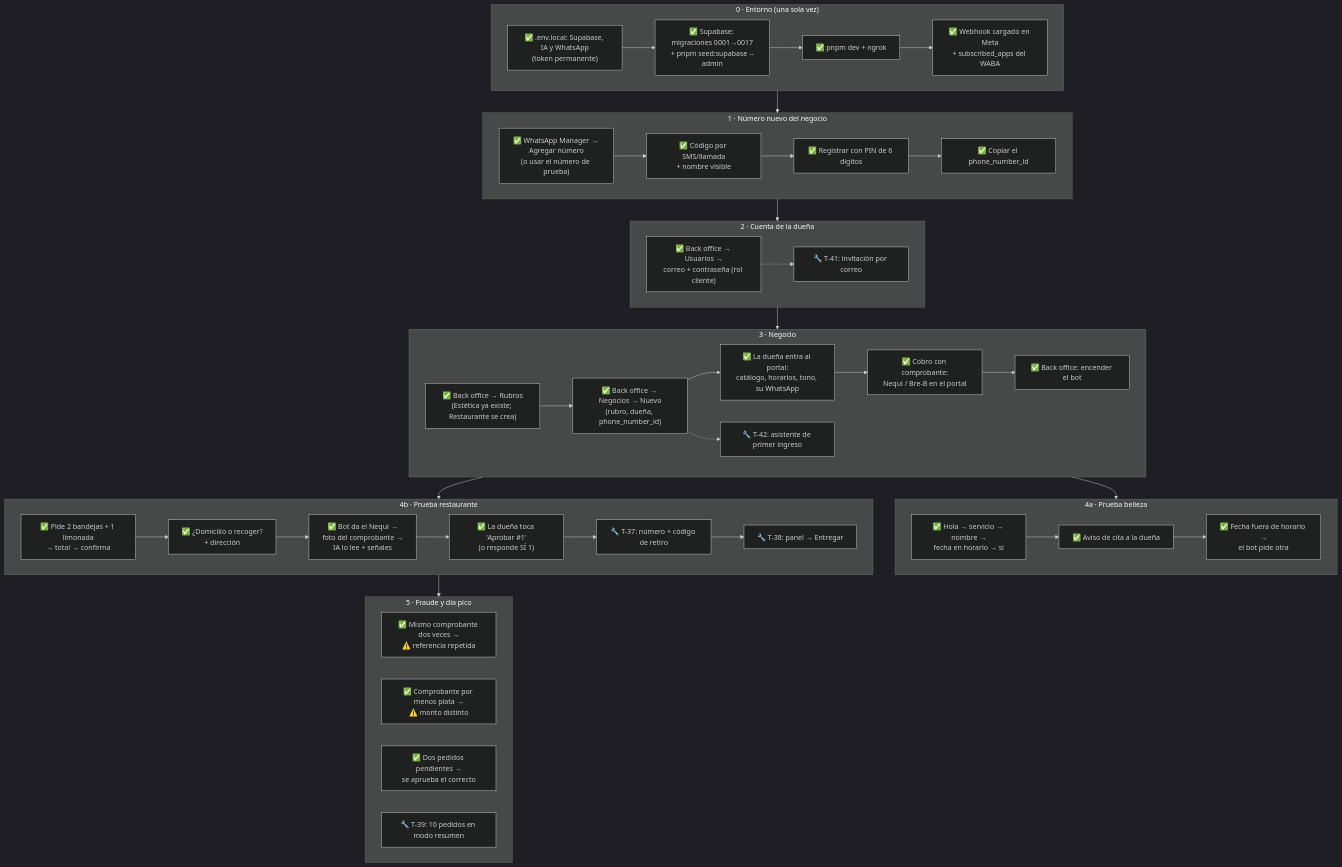
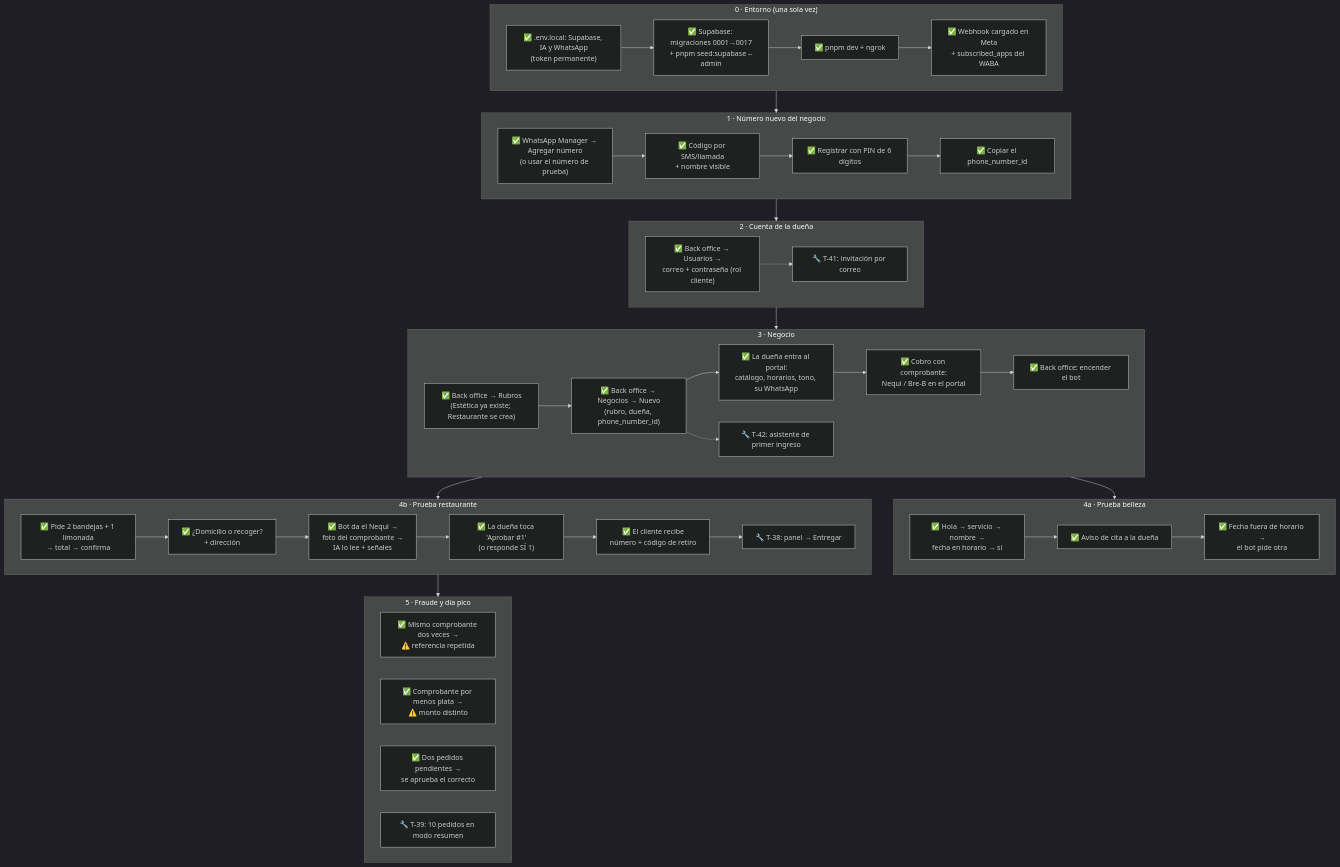
One commit to daniell41-dev/client-automation-bot changed the diagram in docs/17-prueba-local.md. Above: the diagram before and after it, drawn with Mermaid (dark theme). The commit also changed other lines of this file and 9 other files, not shown here.

First line of the commit message:
feat(T-37): código de retiro al aprobar el pedido

````diff
--- a/docs/17-prueba-local.md
+++ b/docs/17-prueba-local.md
@@ -18,54 +18,54 @@
 ```mermaid
 flowchart TD
   subgraph E["0 · Entorno (una sola vez)"]
     E1["✅ .env.local: Supabase, IA y WhatsApp<br/>(token permanente)"] --> E2["✅ Supabase: migraciones 0001→0017<br/>+ pnpm seed:supabase --admin"]
     E2 --> E3["✅ pnpm dev + ngrok"]
     E3 --> E4["✅ Webhook cargado en Meta<br/>+ subscribed_apps del WABA"]
   end
 
   subgraph T["1 · Número nuevo del negocio"]
     T1["✅ WhatsApp Manager → Agregar número<br/>(o usar el número de prueba)"] --> T2["✅ Código por SMS/llamada<br/>+ nombre visible"]
     T2 --> T3["✅ Registrar con PIN de 6 dígitos"]
     T3 --> T4["✅ Copiar el phone_number_id"]
   end
 
   subgraph U["2 · Cuenta de la dueña"]
     U1["✅ Back office → Usuarios →<br/>correo + contraseña (rol cliente)"]
     U2["🔧 T-41: invitación por correo"]
     U1 -.-> U2
   end
 
   subgraph N["3 · Negocio"]
     N0["✅ Back office → Rubros<br/>(Estética ya existe; Restaurante se crea)"] --> N1["✅ Back office → Negocios → Nuevo<br/>(rubro, dueña, phone_number_id)"]
     N1 --> N2["✅ La dueña entra al portal:<br/>catálogo, horarios, tono, su WhatsApp"]
     N2 --> N3["✅ Cobro con comprobante:<br/>Nequi / Bre-B en el portal"]
     N3 --> N5["✅ Back office: encender el bot"]
     N4["🔧 T-42: asistente de primer ingreso"]
     N1 -.-> N4
   end
 
   subgraph B["4a · Prueba belleza"]
     B1["✅ Hola → servicio → nombre →<br/>fecha en horario → sí"] --> B2["✅ Aviso de cita a la dueña"]
     B2 --> B3["✅ Fecha fuera de horario →<br/>el bot pide otra"]
   end
 
   subgraph R["4b · Prueba restaurante"]
     R1["✅ Pide 2 bandejas + 1 limonada<br/>→ total → confirma"] --> R2["✅ ¿Domicilio o recoger?<br/>+ dirección"]
     R2 --> R3["✅ Bot da el Nequi →<br/>foto del comprobante →<br/>IA lo lee + señales"]
     R3 --> R4["✅ La dueña toca 'Aprobar #1'<br/>(o responde SÍ 1)"]
-    R4 --> R5["🔧 T-37: número + código de retiro"]
+    R4 --> R5["✅ El cliente recibe<br/>número + código de retiro"]
     R5 --> R6["🔧 T-38: panel → Entregar"]
   end
 
   subgraph F["5 · Fraude y día pico"]
     F1["✅ Mismo comprobante dos veces →<br/>⚠️ referencia repetida"]
     F2["✅ Comprobante por menos plata →<br/>⚠️ monto distinto"]
     F3["✅ Dos pedidos pendientes →<br/>se aprueba el correcto"]
     F4["🔧 T-39: 10 pedidos en modo resumen"]
   end
 
   E --> T --> U --> N
   N --> B
   N --> R
   R --> F
 ```
````
